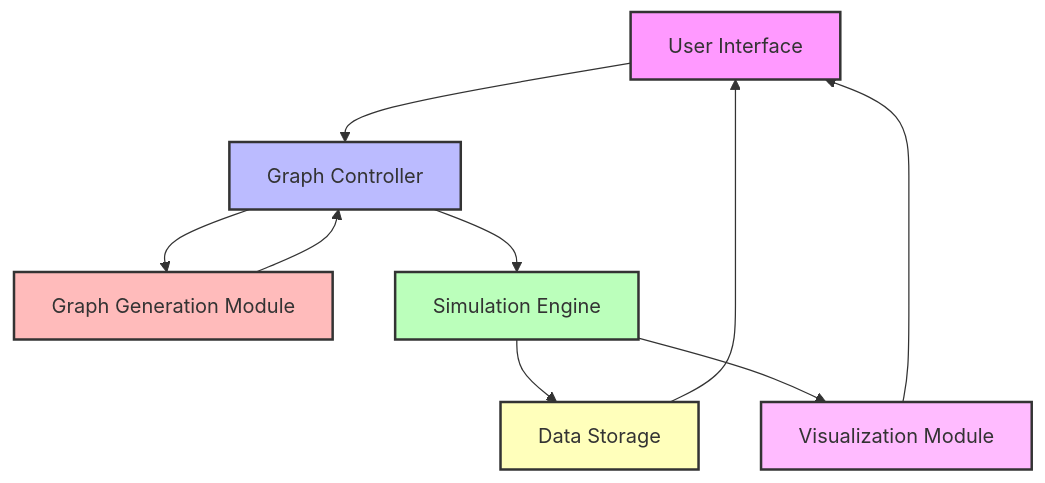
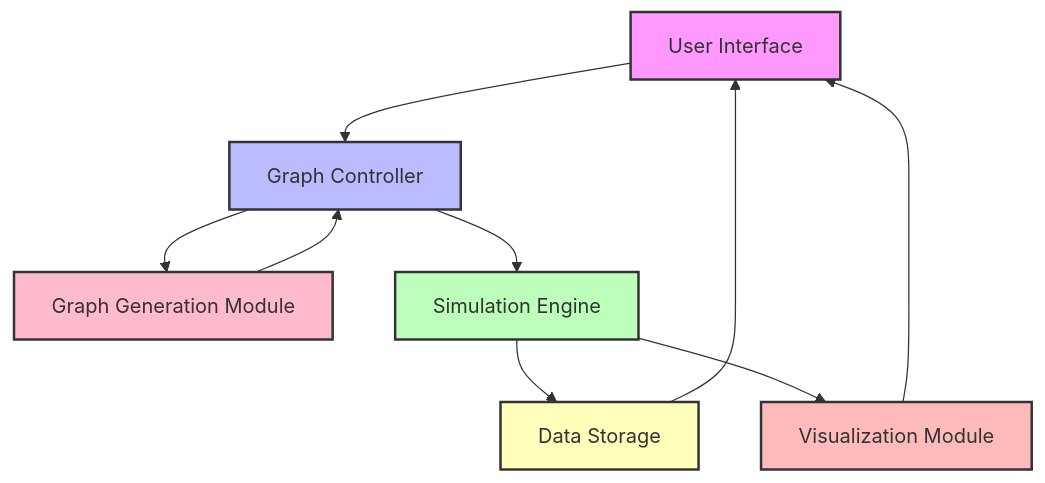
One commit to sclebow/MACAD-Thesis-MEP-Graph changed the diagram in project_paper.md. Above: the diagram before and after it, drawn with Mermaid. The commit also changed other lines of this file and 3 other files, not shown here.

Commit message:
Update appendix references and add overall architecture diagram to project paper

````diff
--- a/project_paper.md
+++ b/project_paper.md
@@ -812,17 +203,17 @@
 ```mermaid
 flowchart TD
     A[User Interface] --> B[Graph Controller]
     B --> F[Graph Generation Module]
     B --> C[Simulation Engine]
     C --> D[Data Storage]
     D --> A
     C --> E[Visualization Module]
     E --> A
     F --> B
     style A fill:#f9f,stroke:#333,stroke-width:2px
     style B fill:#bbf,stroke:#333,stroke-width:2px
     style C fill:#bfb,stroke:#333,stroke-width:2px
     style D fill:#ffb,stroke:#333,stroke-width:2px
-    style E fill:#fbf,stroke:#333,stroke-width:2px
-    style F fill:#fbb,stroke:#333,stroke-width:2px
+    style E fill:#fbb,stroke:#333,stroke-width:2px
+    style F fill:#fbc,stroke:#333,stroke-width:2px
 ```
````
